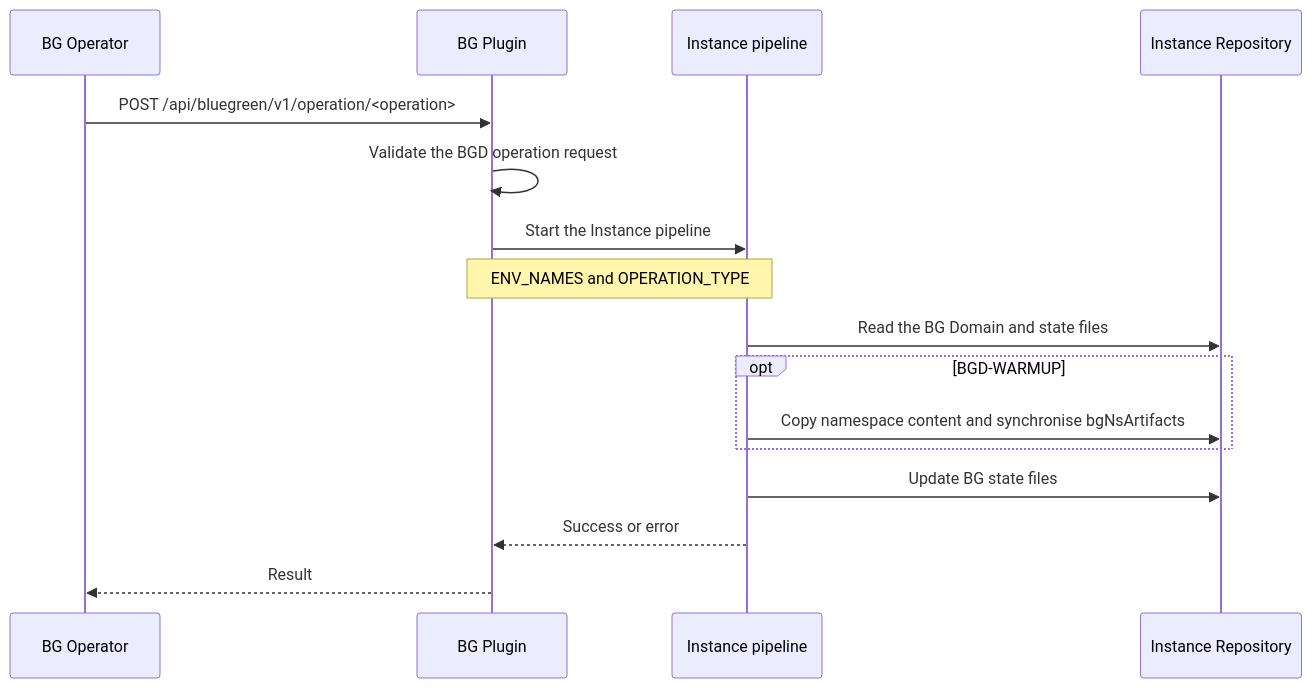
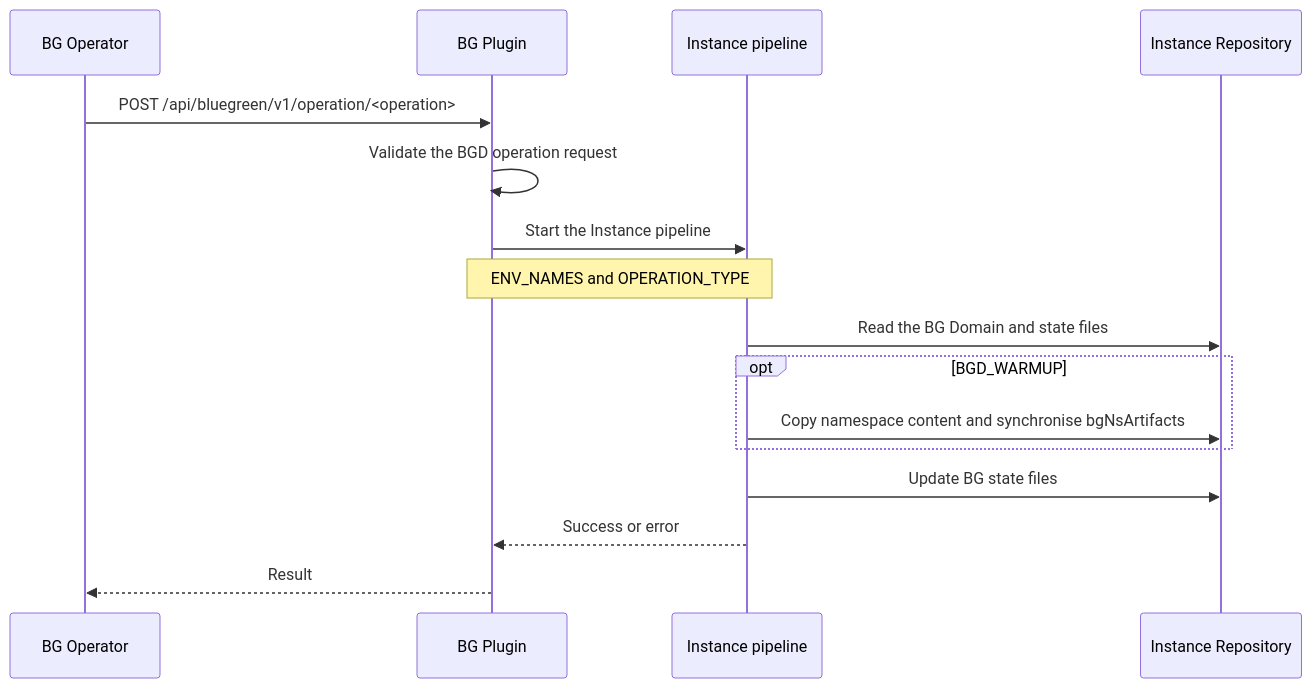
The first of 3 diagrams in docs/features/blue-green-deployment.md (Netcracker/qubership-envgene), drawn with Mermaid before and after one commit. The commit also changed other lines of this file and 2 other files, not shown here.

First line of the commit message:
docs: consolidate BGD lifecycle and use BGD_* OPERATION_TYPE values

````diff
--- a/docs/features/blue-green-deployment.md
+++ b/docs/features/blue-green-deployment.md
@@ -91,20 +82,20 @@
 ```mermaid
 sequenceDiagram
     participant BGO as BG Operator
     participant BGP as BG Plugin
     participant EGP as Instance pipeline
     participant EGR as Instance Repository
 
     BGO->>BGP: POST /api/bluegreen/v1/operation/<operation>
     BGP->>BGP: Validate the BGD operation request
     BGP->>EGP: Start the Instance pipeline
     Note over BGP,EGP: ENV_NAMES and OPERATION_TYPE
 
     EGP->>EGR: Read the BG Domain and state files
-    opt BGD-WARMUP
+    opt BGD_WARMUP
         EGP->>EGR: Copy namespace content and synchronise bgNsArtifacts
     end
     EGP->>EGR: Update BG state files
     EGP-->>BGP: Success or error
     BGP-->>BGO: Result
 ```
````
